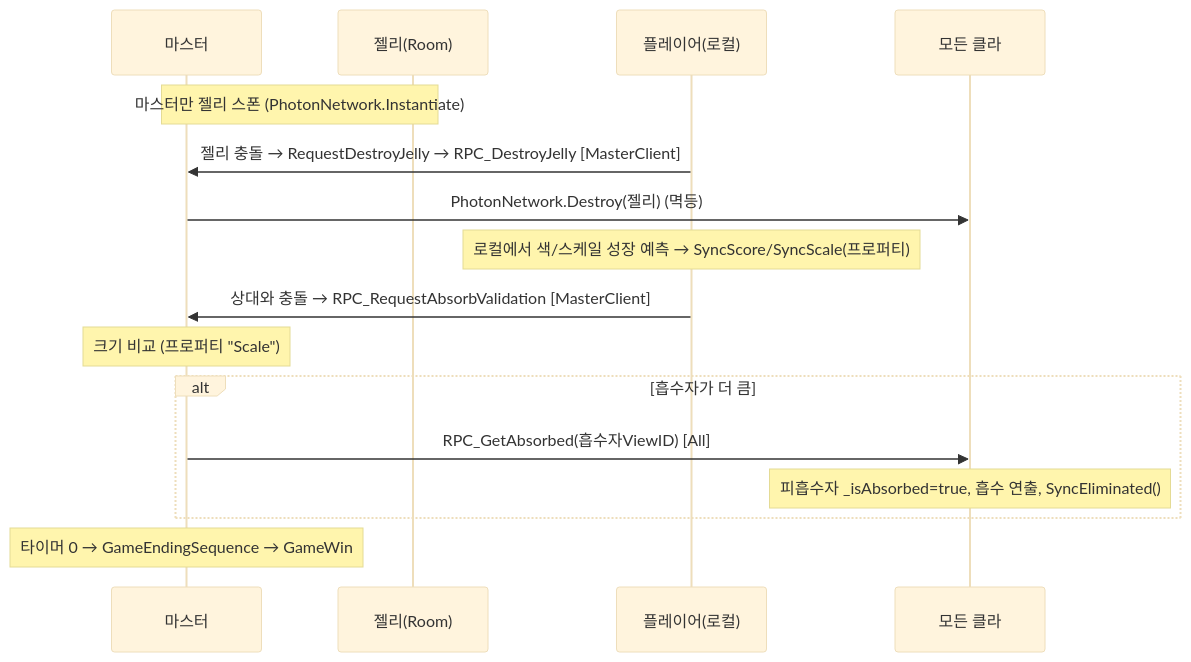
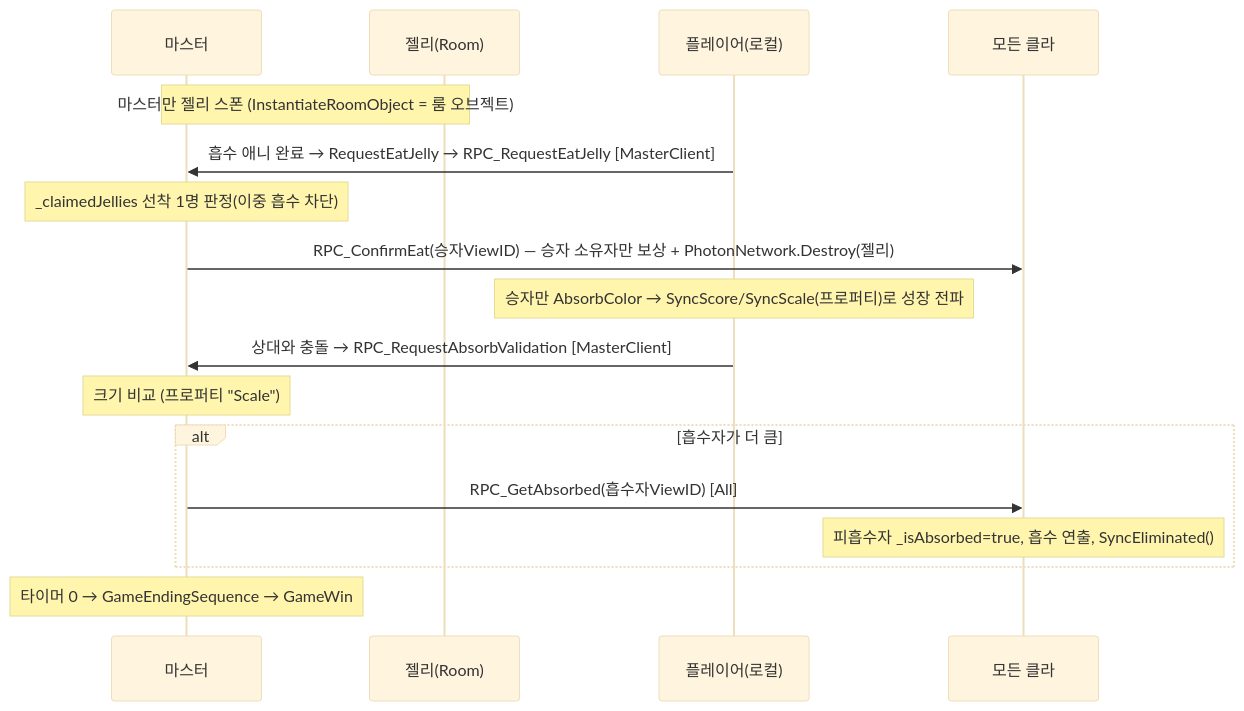
One commit to bravenwind/JellyGameProject changed the third of 5 diagrams in NETWORK_SPEC.md. Above: the diagram before and after it, drawn with Mermaid (base theme). The commit also changed other lines of this file, not shown here.

First line of the commit message:
docs: NETWORK_SPEC.md를 젤리 생명주기 권위화(S9+V7) 반영해 갱신

````diff
--- a/NETWORK_SPEC.md
+++ b/NETWORK_SPEC.md
@@ -122,20 +122,21 @@
 ```mermaid
 sequenceDiagram
     participant M as 마스터
     participant J as 젤리(Room)
     participant P as 플레이어(로컬)
     participant ALL as 모든 클라
 
-    Note over M,J: 마스터만 젤리 스폰 (PhotonNetwork.Instantiate)
-    P->>M: 젤리 충돌 → RequestDestroyJelly → RPC_DestroyJelly [MasterClient]
-    M->>ALL: PhotonNetwork.Destroy(젤리)  (멱등)
-    Note over P: 로컬에서 색/스케일 성장 예측 → SyncScore/SyncScale(프로퍼티)
+    Note over M,J: 마스터만 젤리 스폰 (InstantiateRoomObject = 룸 오브젝트)
+    P->>M: 흡수 애니 완료 → RequestEatJelly → RPC_RequestEatJelly [MasterClient]
+    Note over M: _claimedJellies 선착 1명 판정(이중 흡수 차단)
+    M->>ALL: RPC_ConfirmEat(승자ViewID) — 승자 소유자만 보상 + PhotonNetwork.Destroy(젤리)
+    Note over P: 승자만 AbsorbColor → SyncScore/SyncScale(프로퍼티)로 성장 전파
 
     P->>M: 상대와 충돌 → RPC_RequestAbsorbValidation [MasterClient]
     Note over M: 크기 비교 (프로퍼티 "Scale")
     alt 흡수자가 더 큼
         M->>ALL: RPC_GetAbsorbed(흡수자ViewID) [All]
         Note over ALL: 피흡수자 _isAbsorbed=true, 흡수 연출, SyncEliminated()
     end
     Note over M: 타이머 0 → GameEndingSequence → GameWin
 ```
````
